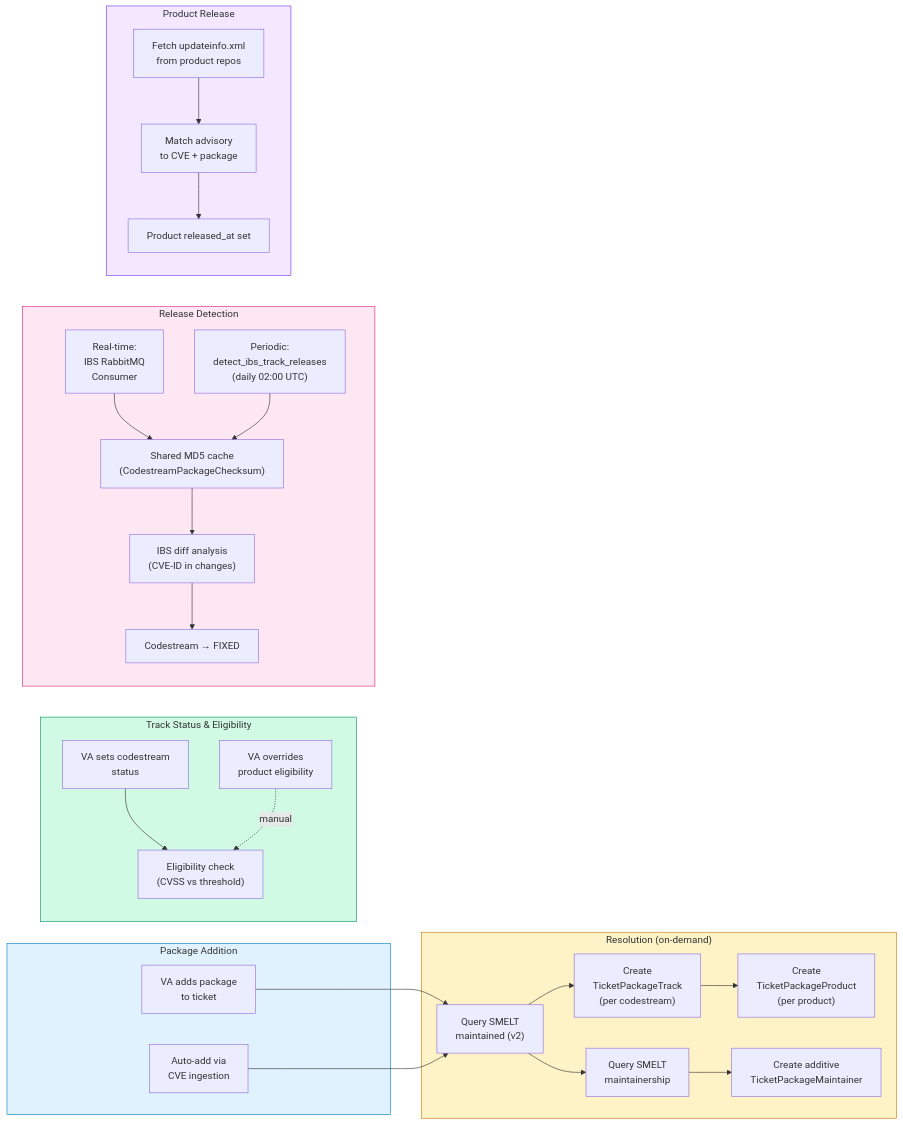
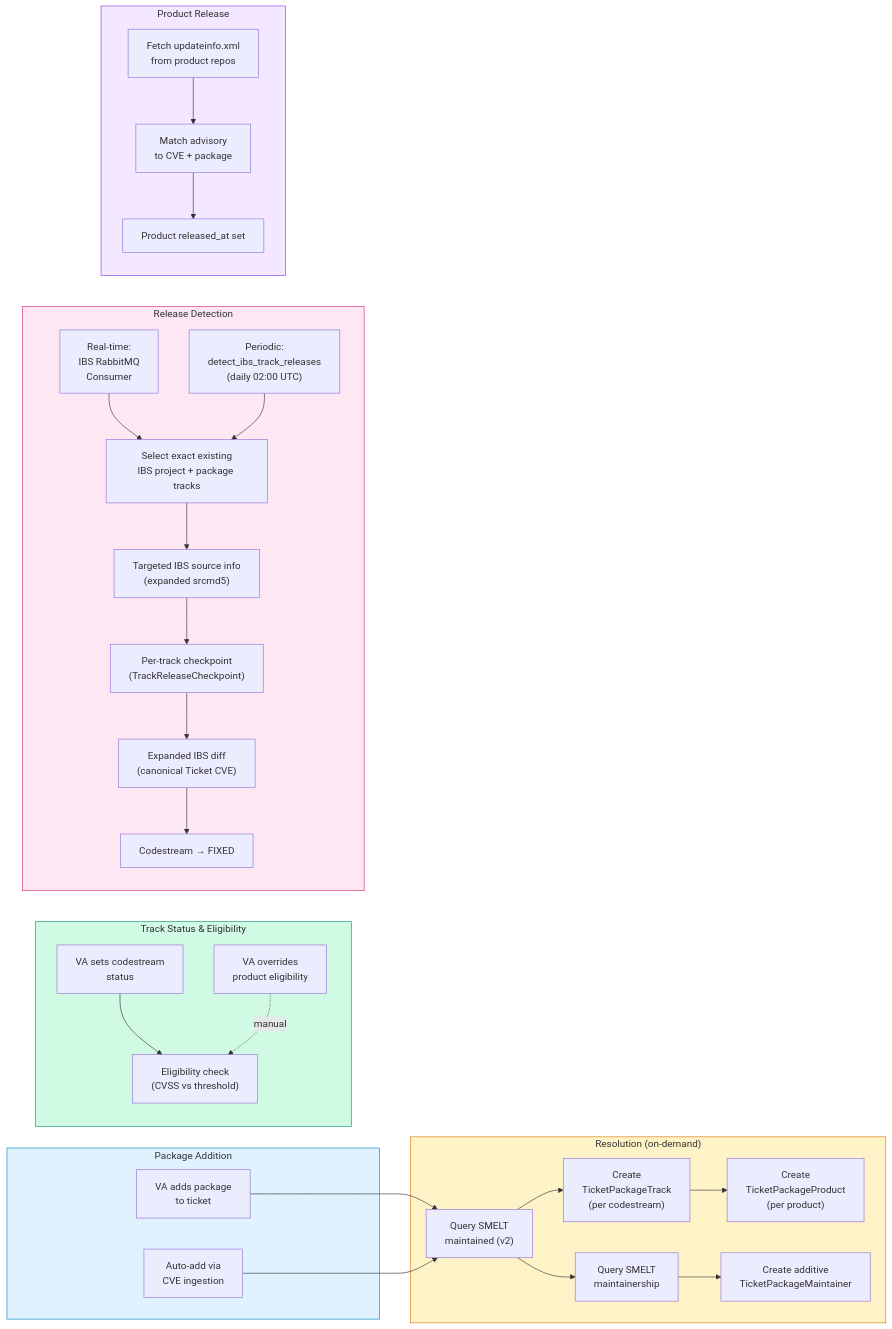
Before and after one commit to StayPirate/STAMP: the fourth of 7 diagrams in docs/system-map.md, drawn with Mermaid. The commit also changed other lines of this file and 16 other files, not shown here.

Commit message:
docs: define IBS track release reconciliation

````diff
--- a/docs/system-map.md
+++ b/docs/system-map.md
@@ -482,57 +483,61 @@
 ```mermaid
 flowchart LR
     subgraph add_pkg["Package Addition"]
         VA_ADD["VA adds package<br/>to ticket"]
         CPE_MATCH["Auto-add via<br/>CVE ingestion"]
     end
 
     subgraph resolve["Resolution (on-demand)"]
         SMELT_Q["Query SMELT<br/>maintained (v2)"]
         SMELT_M["Query SMELT<br/>maintainership"]
         CREATE_CS["Create<br/>TicketPackageTrack<br/>(per codestream)"]
         CREATE_PR["Create<br/>TicketPackageProduct<br/>(per product)"]
         CREATE_PM["Create additive<br/>TicketPackageMaintainer"]
     end
 
     subgraph status["Track Status & Eligibility"]
         VA_SET["VA sets codestream<br/>status"]
         ELIG["Eligibility check<br/>(CVSS vs threshold)"]
         ELIG_OVR["VA overrides<br/>product eligibility"]
     end
 
     subgraph release["Release Detection"]
         direction TB
         RT["Real-time:<br/>IBS RabbitMQ<br/>Consumer"]
         PERIODIC["Periodic:<br/>detect_ibs_track_releases<br/>(daily 02:00 UTC)"]
-        MD5["Shared MD5 cache<br/>(CodestreamPackageChecksum)"]
-        DIFF["IBS diff analysis<br/>(CVE-ID in changes)"]
+        SELECT["Select exact existing<br/>IBS project + package tracks"]
+        INFO["Targeted IBS source info<br/>(expanded srcmd5)"]
+        CHECKPOINT["Per-track checkpoint<br/>(TrackReleaseCheckpoint)"]
+        DIFF["Expanded IBS diff<br/>(canonical Ticket CVE)"]
         CS_REL["Codestream → FIXED"]
 
-        RT --> MD5
-        PERIODIC --> MD5
-        MD5 --> DIFF
+        RT --> SELECT
+        PERIODIC --> SELECT
+        SELECT --> INFO
+        INFO --> CHECKPOINT
+        CHECKPOINT --> DIFF
         DIFF --> CS_REL
     end
 
     subgraph prod_release["Product Release"]
         UINFO["Fetch updateinfo.xml<br/>from product repos"]
         MATCH["Match advisory<br/>to CVE + package"]
         PR_REL["Product released_at set"]
 
         UINFO --> MATCH --> PR_REL
     end
 
     VA_ADD --> SMELT_Q
     CPE_MATCH --> SMELT_Q
     SMELT_Q --> CREATE_CS --> CREATE_PR
     SMELT_Q --> SMELT_M --> CREATE_PM
 
     VA_SET --> ELIG
     ELIG_OVR -.->|manual| ELIG
 
     style add_pkg fill:#e0f2fe,stroke:#0284c7
     style resolve fill:#fef3c7,stroke:#d97706
     style status fill:#d1fae5,stroke:#059669
     style release fill:#fce7f3,stroke:#db2777
     style prod_release fill:#f3e8ff,stroke:#7c3aed
 ```
````
